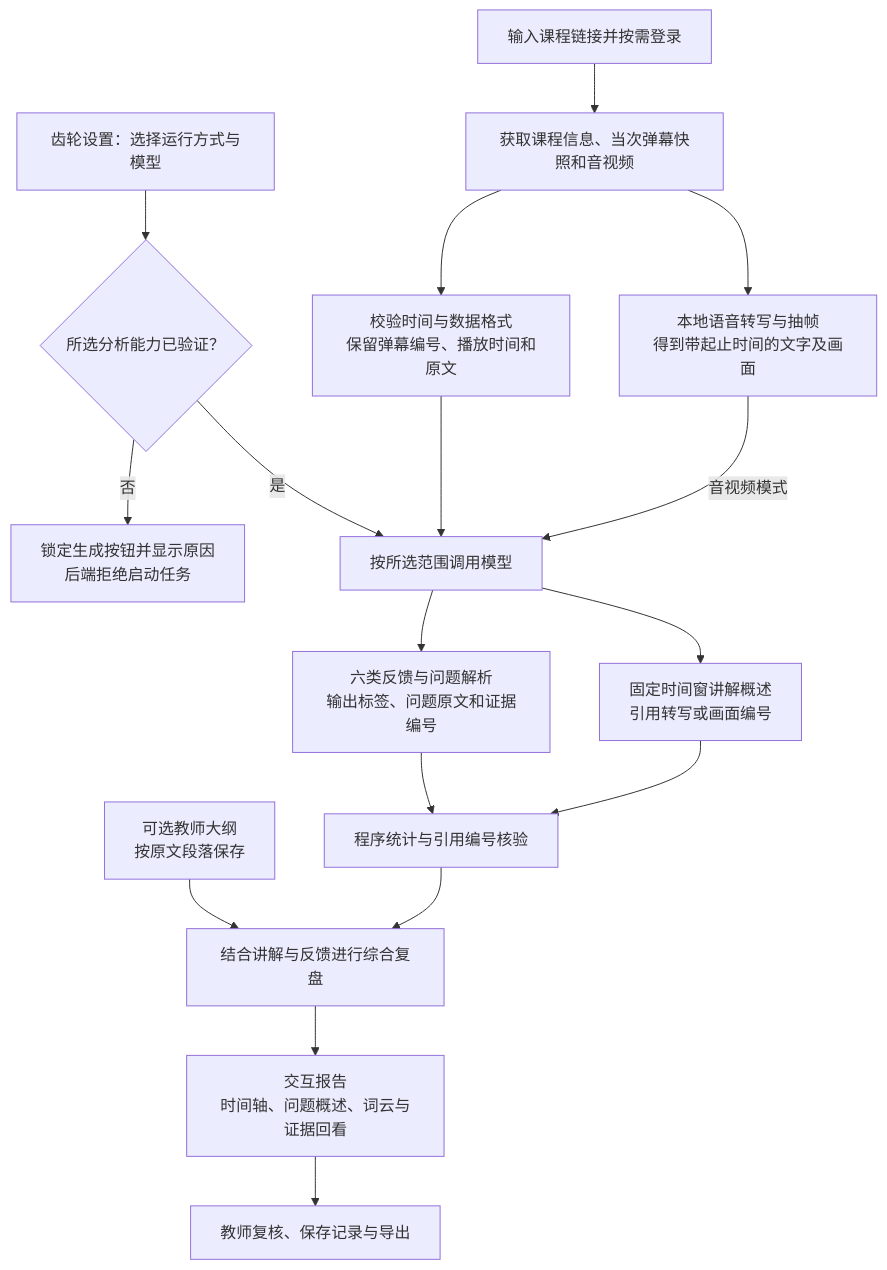
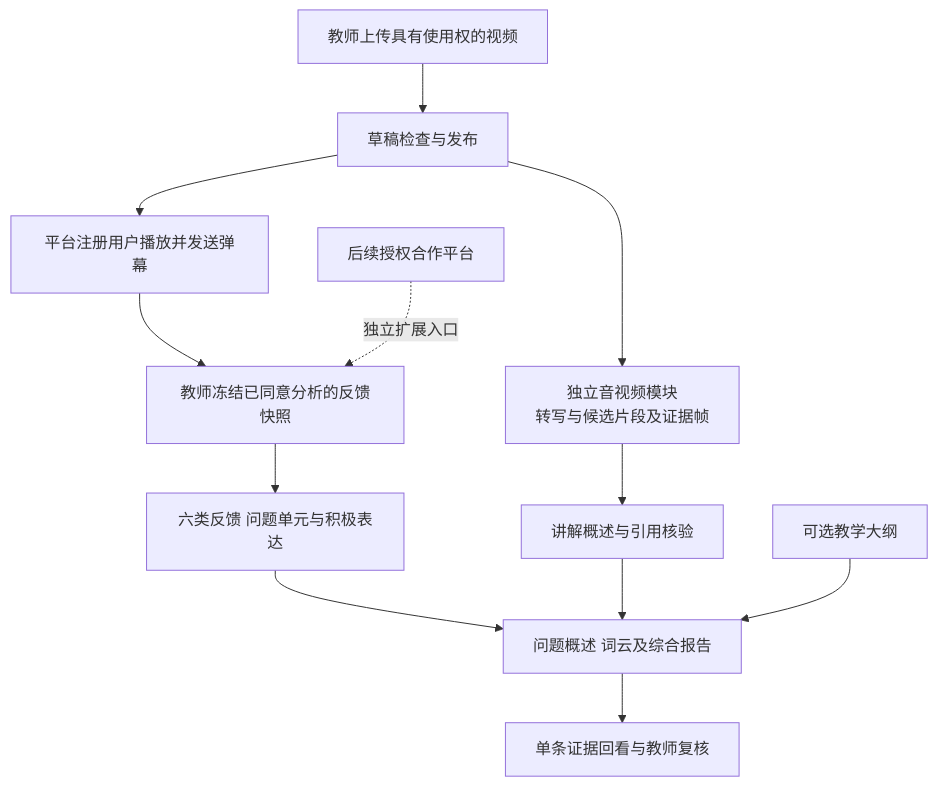
The diagram in README.md (Hyhyhyyy/course-feedback), drawn with Mermaid before and after one commit. The commit also changed other lines of this file and 66 other files, not shown here.

````diff
--- a/README.md
+++ b/README.md
@@ -15,26 +25,15 @@
 ```mermaid
 flowchart TD
-    A[输入课程链接并按需登录] --> B[获取课程信息、当次弹幕快照和音视频]
-    B --> C[校验时间与数据格式
-保留弹幕编号、播放时间和原文]
-    B --> D[本地语音转写与抽帧
-得到带起止时间的文字及画面]
-    M[齿轮设置：选择运行方式与模型] --> N{所选分析能力已验证？}
-    N -->|否| X[锁定生成按钮并显示原因
-后端拒绝启动任务]
-    N -->|是| E[按所选范围调用模型]
-    C --> E
-    D -->|音视频模式| E
-    E --> F[六类反馈与问题解析
-输出标签、问题原文和证据编号]
-    E --> G[固定时间窗讲解概述
-引用转写或画面编号]
-    F --> H[程序统计与引用编号核验]
-    G --> H
-    S[可选教师大纲
-按原文段落保存] --> I[结合讲解与反馈进行综合复盘]
-    H --> I
-    I --> J[交互报告
-时间轴、问题概述、词云与证据回看]
-    J --> K[教师复核、保存记录与导出]
+ A[教师上传具有使用权的视频] --> B[草稿检查与发布]
+ B --> C[平台注册用户播放并发送弹幕]
+ C --> D[教师冻结已同意分析的反馈快照]
+ B --> E[独立音视频模块
+转写与候选片段及证据帧]
+ D --> F[六类反馈 问题单元与积极表达]
+ E --> G[讲解概述与引用核验]
+ F --> H[问题概述 词云及综合报告]
+ G --> H
+ H --> I[单条证据回看与教师复核]
+ J[可选教学大纲] --> H
+ K[后续授权合作平台] -. 独立扩展入口 .-> D
 ```
````
